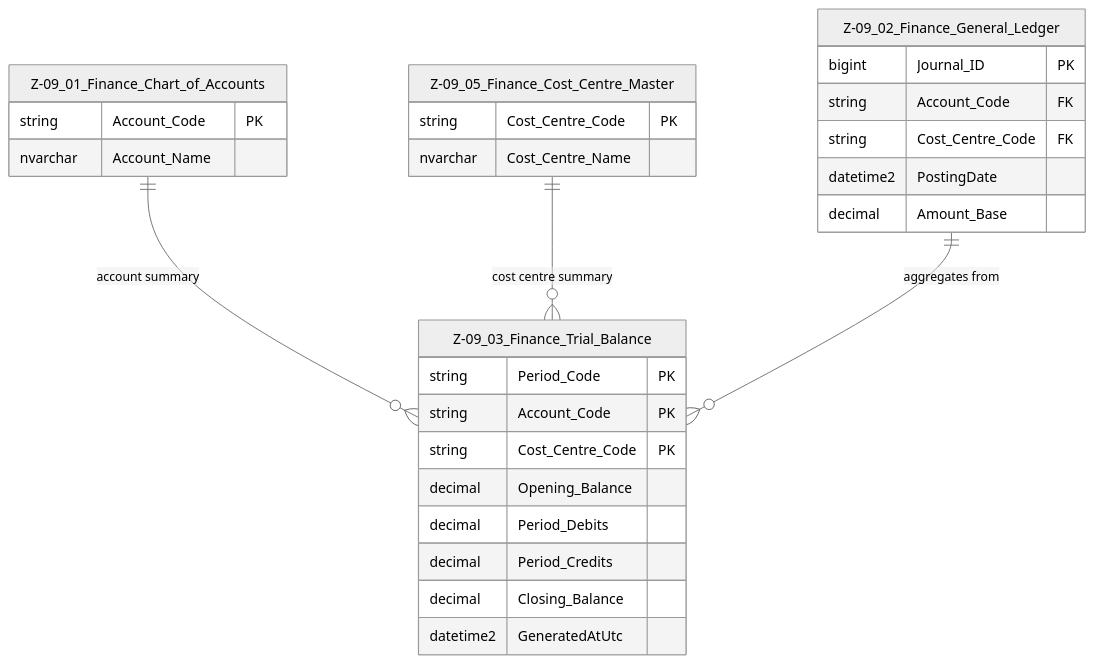
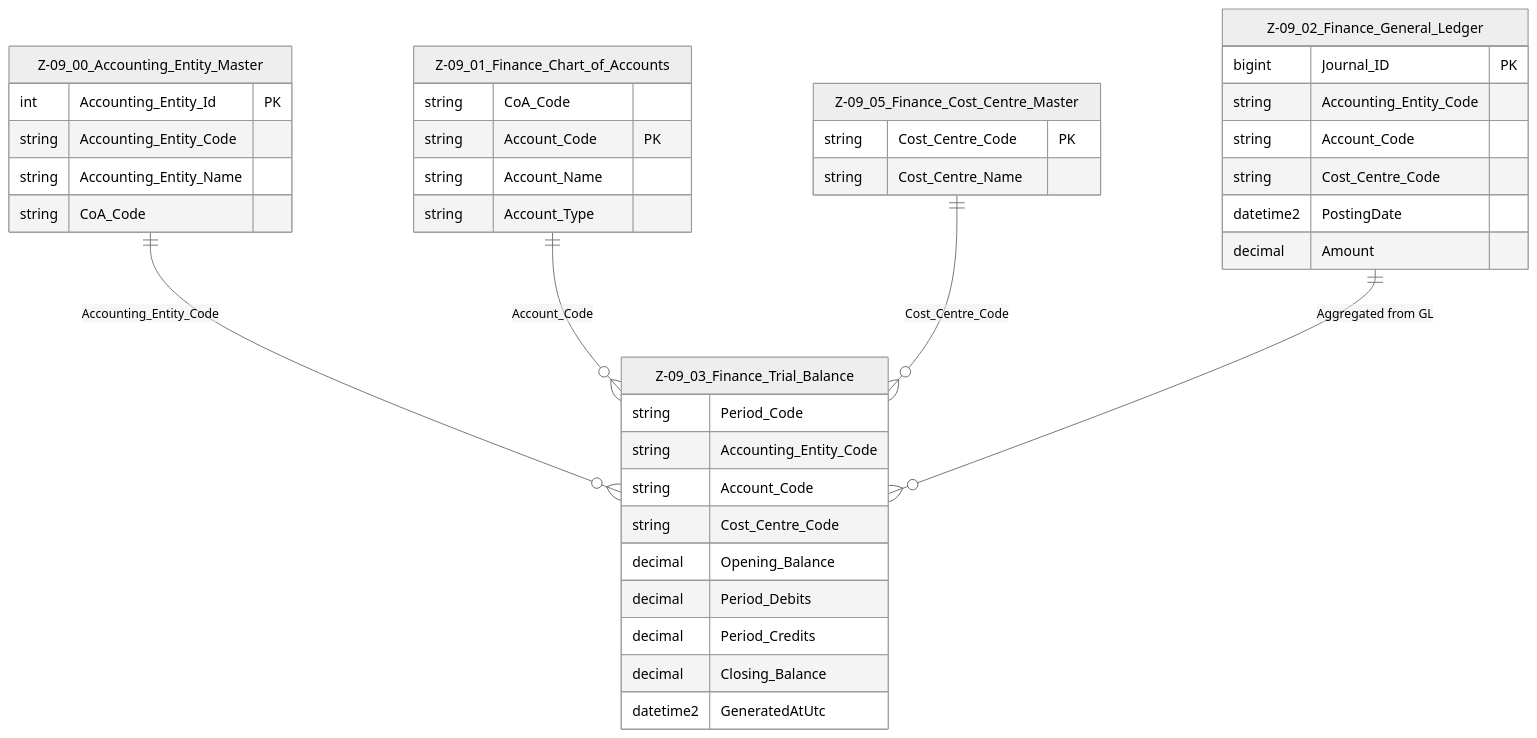
Before and after one commit to NeilWP/SUSTINA_CAB: the diagram in 100 DATA MODELLING/Z- Data Entites/Finance Domain/Z-09.03 Finance_Trial_Balance.md, drawn with Mermaid (neutral theme). The commit also changed other lines of this file and 7 other files, not shown here.

Commit message:
Updating ERD for FINANCE  Domain

````diff
--- a/100 DATA MODELLING/Z- Data Entites/Finance Domain/Z-09.03 Finance_Trial_Balance.md
+++ b/100 DATA MODELLING/Z- Data Entites/Finance Domain/Z-09.03 Finance_Trial_Balance.md
@@ -16,35 +51,66 @@
 ```mermaid
 erDiagram
+
+    %% =======================================
+    %% TRIAL BALANCE CORE
+    %% =======================================
     Z-09_03_Finance_Trial_Balance {
-        string Period_Code PK
-        string Account_Code PK
-        string Cost_Centre_Code PK
+        string Period_Code
+        string Accounting_Entity_Code
+        string Account_Code
+        string Cost_Centre_Code
         decimal Opening_Balance
         decimal Period_Debits
         decimal Period_Credits
         decimal Closing_Balance
         datetime2 GeneratedAtUtc
     }
 
-    Z-09_01_Finance_Chart_of_Accounts {
-        string Account_Code PK
-        nvarchar Account_Name
+    %% =======================================
+    %% ACCOUNTING ENTITY MASTER
+    %% =======================================
+    Z-09_00_Accounting_Entity_Master {
+        int Accounting_Entity_Id PK
+        string Accounting_Entity_Code
+        string Accounting_Entity_Name
+        string CoA_Code
     }
 
+    %% =======================================
+    %% CHART OF ACCOUNTS
+    %% =======================================
+    Z-09_01_Finance_Chart_of_Accounts {
+        string CoA_Code
+        string Account_Code PK
+        string Account_Name
+        string Account_Type
+    }
+
+    %% =======================================
+    %% COST CENTRE MASTER
+    %% =======================================
     Z-09_05_Finance_Cost_Centre_Master {
         string Cost_Centre_Code PK
-        nvarchar Cost_Centre_Name
+        string Cost_Centre_Name
     }
 
+    %% =======================================
+    %% GENERAL LEDGER (SOURCE)
+    %% =======================================
     Z-09_02_Finance_General_Ledger {
         bigint Journal_ID PK
-        string Account_Code FK
-        string Cost_Centre_Code FK
+        string Accounting_Entity_Code
+        string Account_Code
+        string Cost_Centre_Code
         datetime2 PostingDate
-        decimal Amount_Base
+        decimal Amount
     }
 
-    Z-09_01_Finance_Chart_of_Accounts ||--o{ Z-09_03_Finance_Trial_Balance : "account summary"
-    Z-09_05_Finance_Cost_Centre_Master ||--o{ Z-09_03_Finance_Trial_Balance : "cost centre summary"
-    Z-09_02_Finance_General_Ledger ||--o{ Z-09_03_Finance_Trial_Balance : "aggregates from"
+    %% =======================================
+    %% RELATIONSHIPS (ONE TIER, LOGICAL ONLY)
+    %% =======================================
+    Z-09_00_Accounting_Entity_Master ||--o{ Z-09_03_Finance_Trial_Balance : "Accounting_Entity_Code"
+    Z-09_01_Finance_Chart_of_Accounts ||--o{ Z-09_03_Finance_Trial_Balance : "Account_Code"
+    Z-09_05_Finance_Cost_Centre_Master ||--o{ Z-09_03_Finance_Trial_Balance : "Cost_Centre_Code"
+    Z-09_02_Finance_General_Ledger ||--o{ Z-09_03_Finance_Trial_Balance : "Aggregated from GL"
 ```
````
